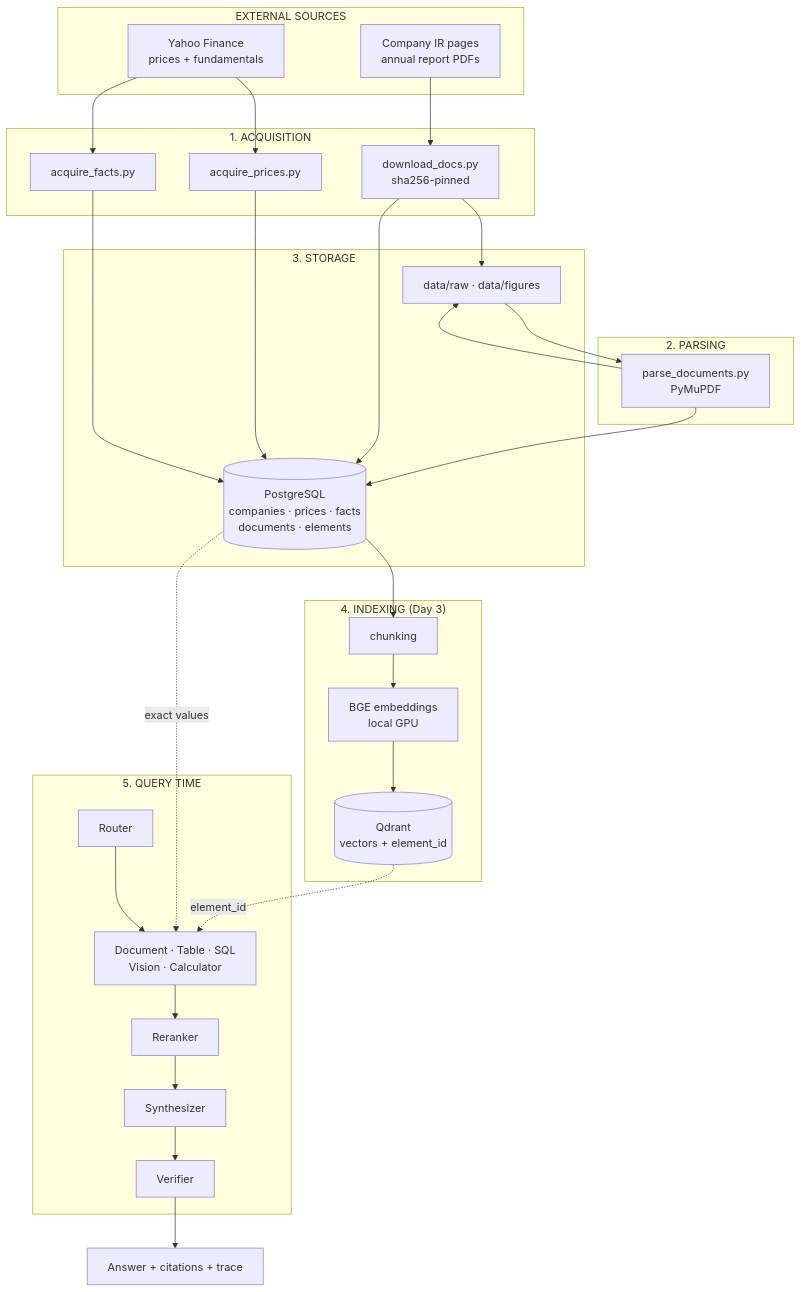
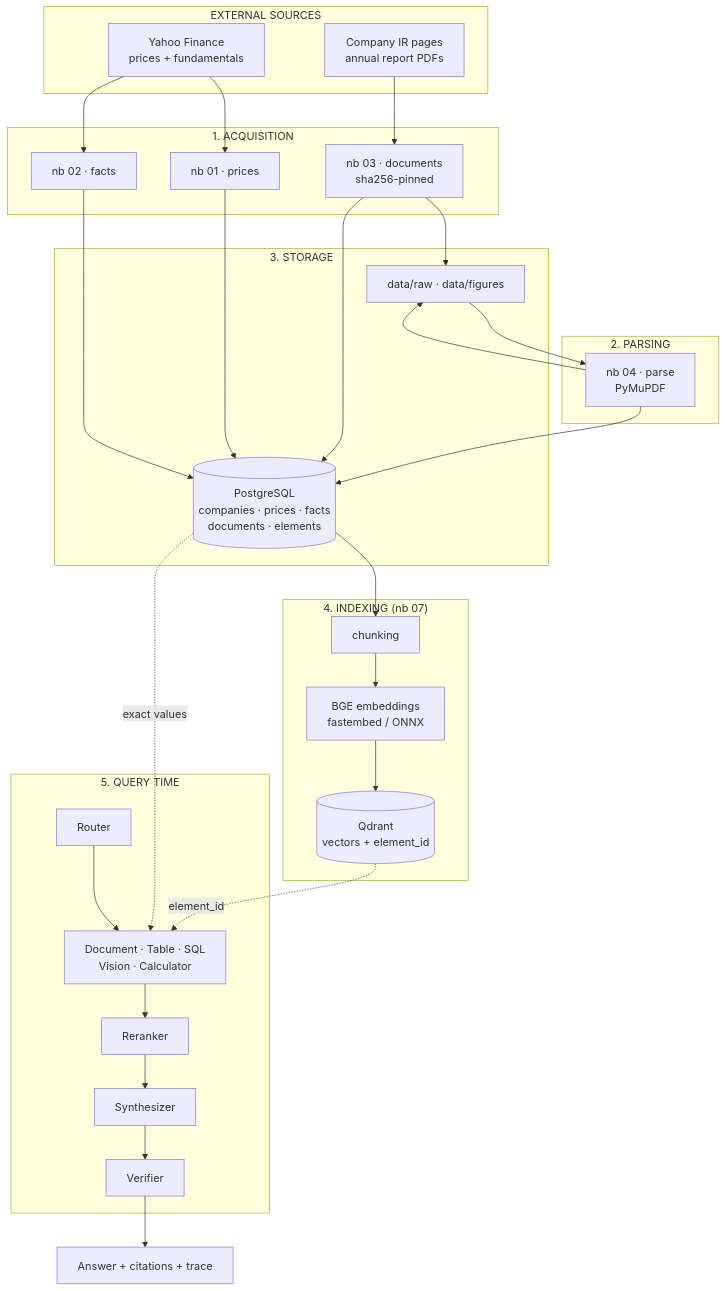
Before and after one commit to PreeyasTumulu/MULTIMODAL_AGENTIC_RAG: the diagram in docs/architecture/data-flow.md, drawn with Mermaid. The commit also changed other lines of this file and 38 other files, not shown here.

````diff
--- a/docs/architecture/data-flow.md
+++ b/docs/architecture/data-flow.md
@@ -11,51 +11,51 @@
 ```mermaid
 flowchart TD
     subgraph EXT["EXTERNAL SOURCES"]
         YF["Yahoo Finance<br/>prices + fundamentals"]
         IR["Company IR pages<br/>annual report PDFs"]
     end
 
     subgraph ACQ["1. ACQUISITION"]
-        AP["acquire_prices.py"]
-        AF["acquire_facts.py"]
-        DD["download_docs.py<br/>sha256-pinned"]
+        AP["nb 01 · prices"]
+        AF["nb 02 · facts"]
+        DD["nb 03 · documents<br/>sha256-pinned"]
     end
 
     subgraph PARSE["2. PARSING"]
-        PD["parse_documents.py<br/>PyMuPDF"]
+        PD["nb 04 · parse<br/>PyMuPDF"]
     end
 
     subgraph STORE["3. STORAGE"]
         PG[("PostgreSQL<br/>companies · prices · facts<br/>documents · elements")]
         FS["data/raw · data/figures"]
     end
 
-    subgraph INDEX["4. INDEXING (Day 3)"]
+    subgraph INDEX["4. INDEXING (nb 07)"]
         CH["chunking"]
-        EM["BGE embeddings<br/>local GPU"]
+        EM["BGE embeddings<br/>fastembed / ONNX"]
         QD[("Qdrant<br/>vectors + element_id")]
     end
 
     subgraph SERVE["5. QUERY TIME"]
         RT["Router"]
         AG["Document · Table · SQL<br/>Vision · Calculator"]
         RR["Reranker"]
         SY["Synthesizer"]
         VF["Verifier"]
     end
 
     YF --> AP & AF
     IR --> DD
     AP --> PG
     AF --> PG
     DD --> FS
     DD --> PG
     FS --> PD
     PD --> PG
     PD --> FS
     PG --> CH --> EM --> QD
     RT --> AG
     QD -.element_id.-> AG
     PG -.exact values.-> AG
     AG --> RR --> SY --> VF --> ANS["Answer + citations + trace"]
 ```
````
